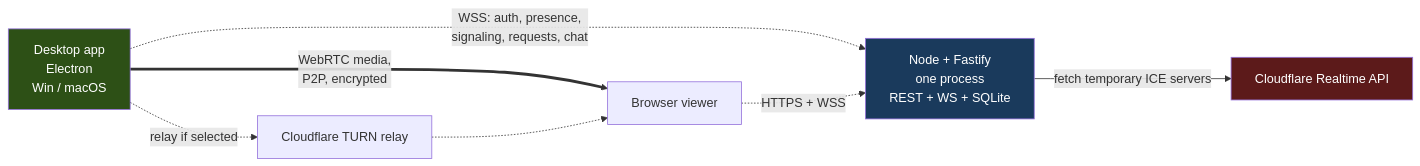
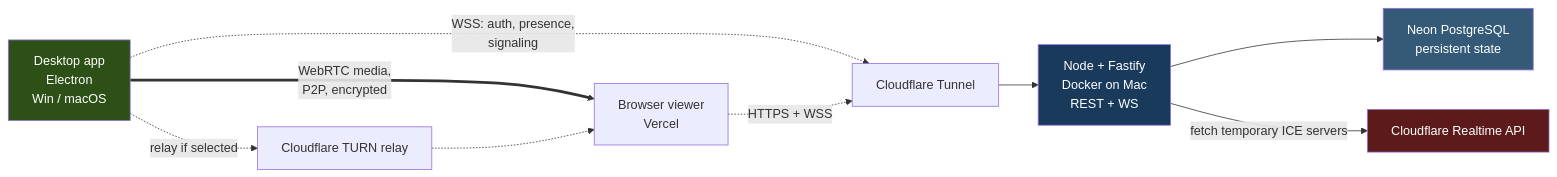
The first of 6 diagrams in docs/ARCHITECTURE.md (0xyusufz/live-presence), drawn with Mermaid before and after one commit. The commit also changed other lines of this file and 9 other files, not shown here.

Commit message:
docs: finalize architecture and migration documentation

````diff
--- a/docs/ARCHITECTURE.md
+++ b/docs/ARCHITECTURE.md
@@ -9,13 +9,15 @@
 ```mermaid
 graph LR
-    D["Desktop app<br/>Electron<br/>Win / macOS"] -.->|"WSS: auth, presence,<br/>signaling, requests, chat"| S
-    V["Browser viewer"] -.->|"HTTPS + WSS"| S
-    S["Node + Fastify<br/>one process<br/>REST + WS + SQLite"]
+    D["Desktop app<br/>Electron<br/>Win / macOS"] -.->|"WSS: auth, presence,<br/>signaling"| CT["Cloudflare Tunnel"]
+    V["Browser viewer<br/>Vercel"] -.->|"HTTPS + WSS"| CT
+    CT --> S["Node + Fastify<br/>Docker on Mac<br/>REST + WS"]
+    S --> DB["Neon PostgreSQL<br/>persistent state"]
     S -->|"fetch temporary ICE servers"| CF["Cloudflare Realtime API"]
     D ==>|"WebRTC media,<br/>P2P, encrypted"| V
     D -.->|"relay if selected"| T["Cloudflare TURN relay"]
     T -.-> V
     style D fill:#2d5016,color:#fff
     style S fill:#1a3a5c,color:#fff
+    style DB fill:#345a77,color:#fff
     style CF fill:#5c1a1a,color:#fff
 ```
````
